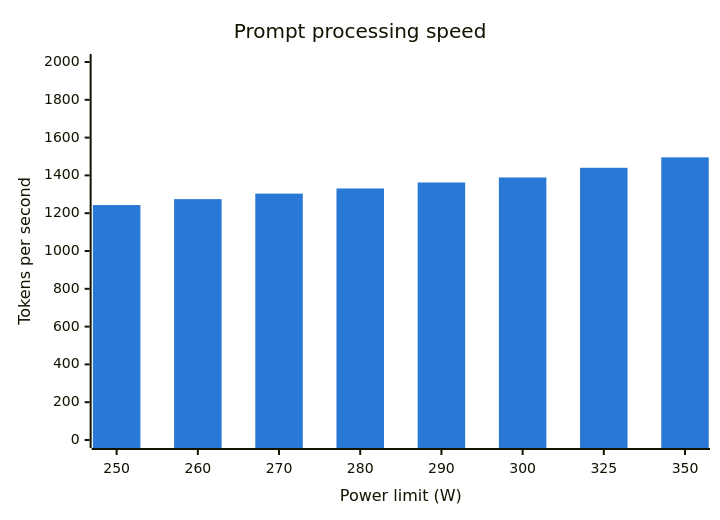
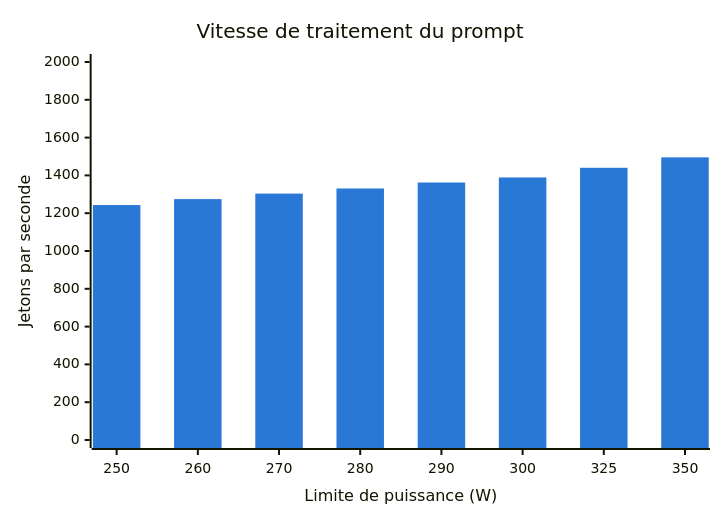
Before and after one commit to rem-lit/SummerAI: the third of 4 diagrams in benchmarks/power-limit/README.md, drawn with Mermaid. The commit also changed other lines of this file and 22 other files, not shown here.

````diff
--- a/benchmarks/power-limit/README.md
+++ b/benchmarks/power-limit/README.md
@@ -58,13 +58,13 @@
 ```mermaid
 ---
 config:
   themeVariables:
     xyChart:
       plotColorPalette: "#2a78d6"
 ---
 xychart-beta
-  title "Prompt processing speed"
-  x-axis "Power limit (W)" [250, 260, 270, 280, 290, 300, 325, 350]
-  y-axis "Tokens per second" 0 --> 2000
+  title "Vitesse de traitement du prompt"
+  x-axis "Limite de puissance (W)" [250, 260, 270, 280, 290, 300, 325, 350]
+  y-axis "Jetons par seconde" 0 --> 2000
   bar [1243.1, 1274.5, 1303.6, 1330.8, 1362.5, 1389.1, 1440.3, 1495.5]
 ```
````
